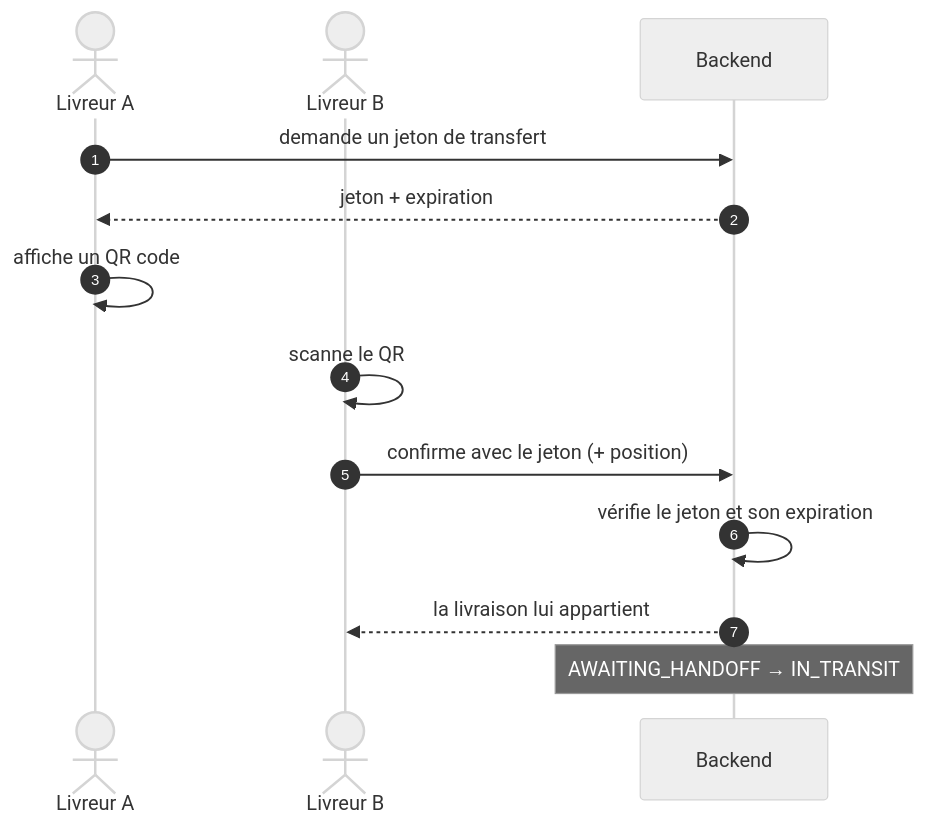
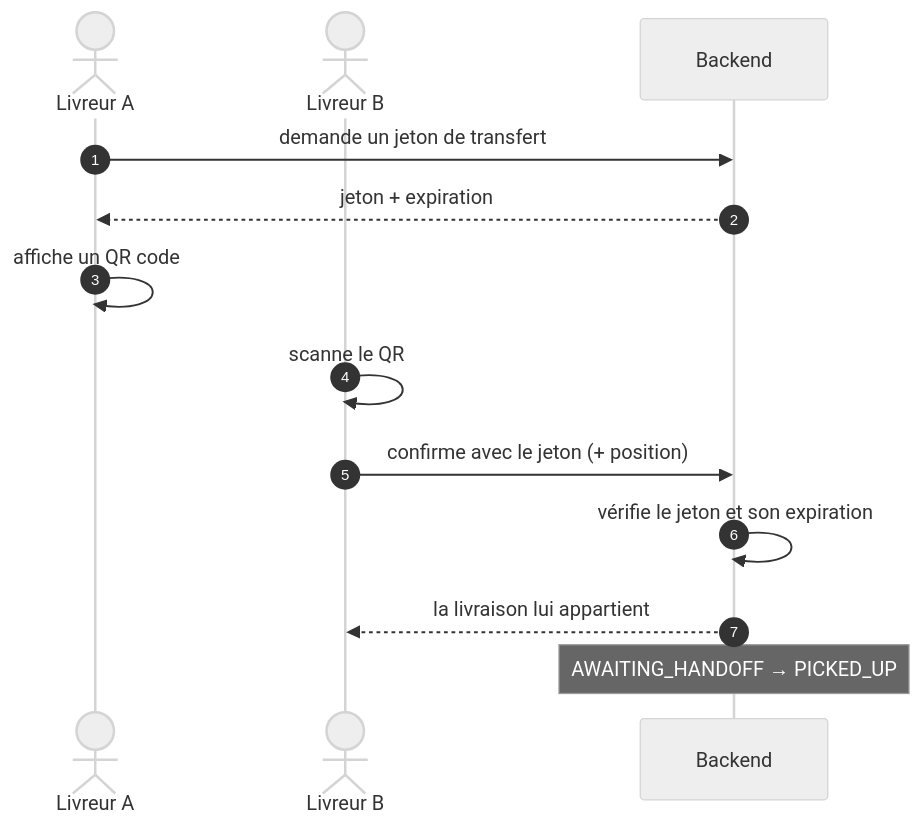
The fifth of 5 diagrams in docs/metier/livraison.md (Moaziz667/asm-track), drawn with Mermaid (neutral theme) before and after one commit. The commit also changed 8 other files, not shown here.

````diff
--- a/docs/metier/livraison.md
+++ b/docs/metier/livraison.md
@@ -163,16 +163,16 @@
 ```mermaid
 sequenceDiagram
     autonumber
     actor A as Livreur A
     actor B as Livreur B
     participant API as Backend
 
     A->>API: demande un jeton de transfert
     API-->>A: jeton + expiration
     A->>A: affiche un QR code
     B->>B: scanne le QR
     B->>API: confirme avec le jeton (+ position)
     API->>API: vérifie le jeton et son expiration
     API-->>B: la livraison lui appartient
-    Note over API: AWAITING_HANDOFF → IN_TRANSIT
+    Note over API: AWAITING_HANDOFF → PICKED_UP
 ```
````
